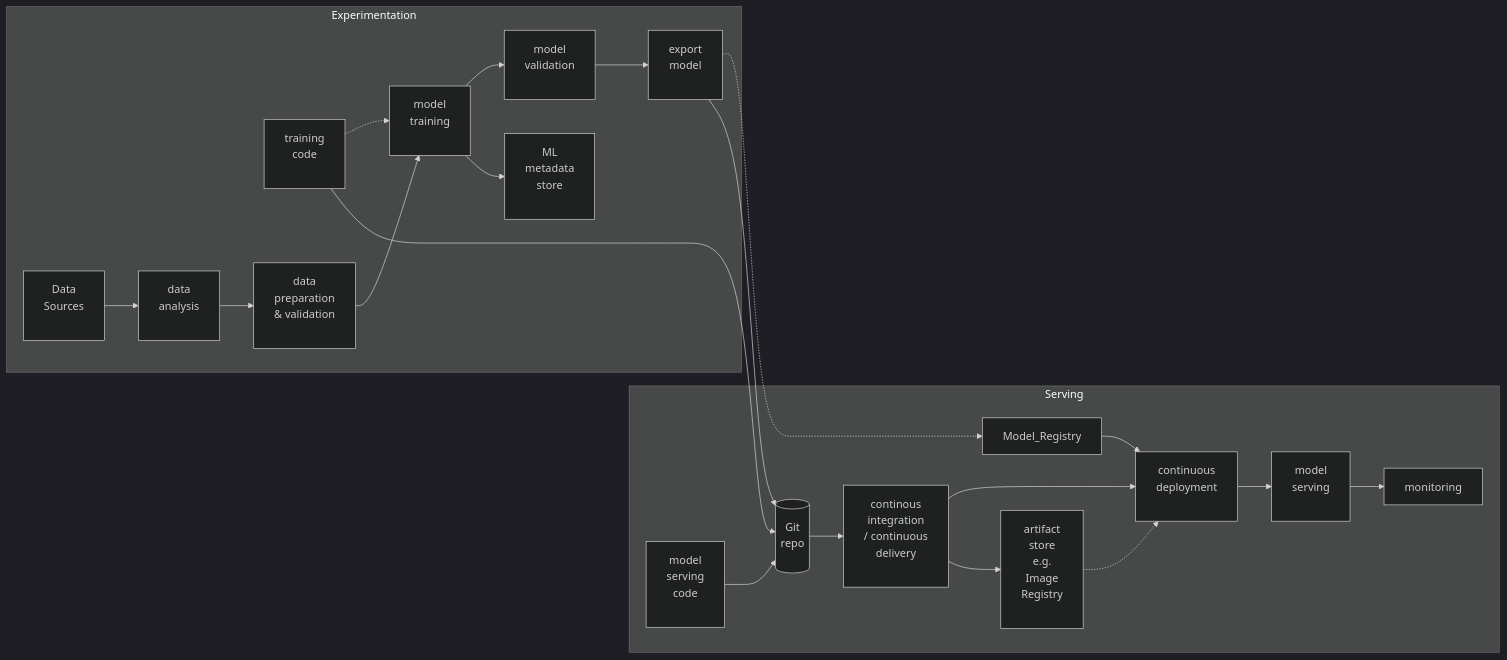
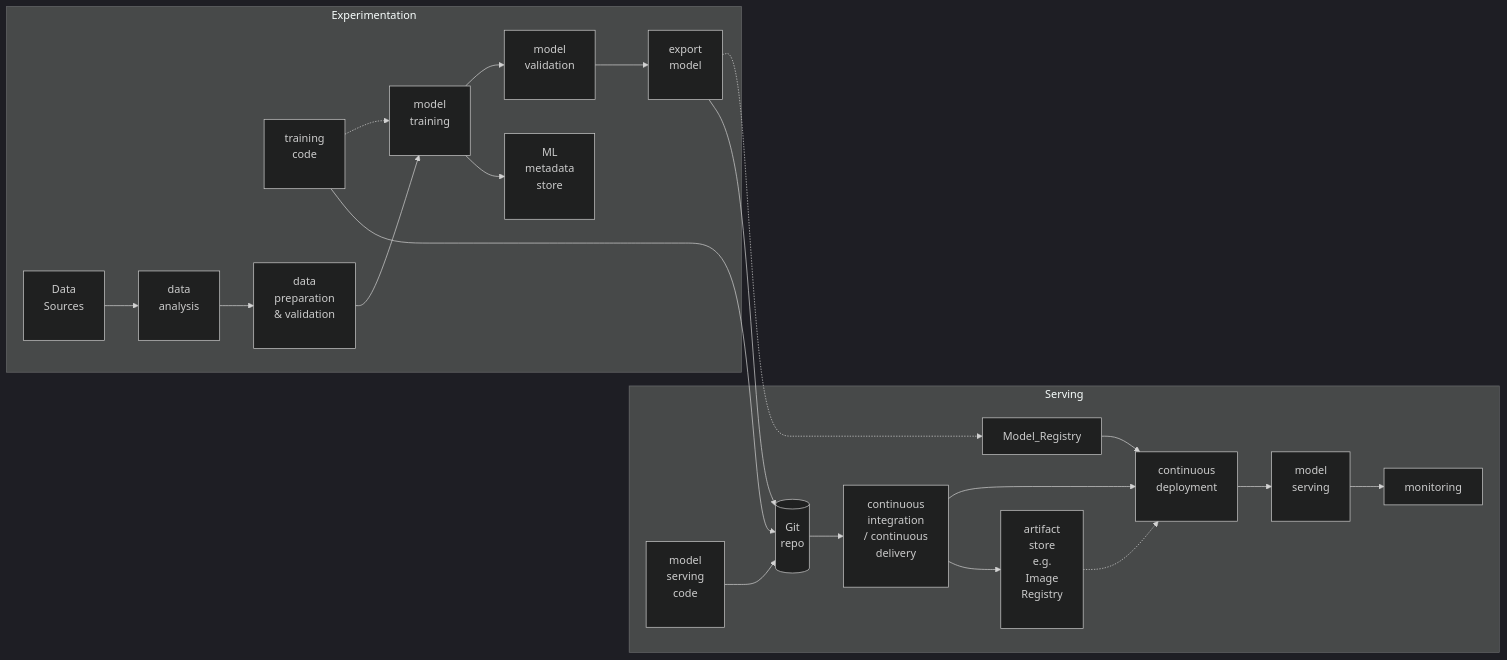
One commit to Minyus/docs changed the diagram in mlops.md. Above: the diagram before and after it, drawn with Mermaid (dark theme). The commit also changed other lines of this file, not shown here.

```diff
--- a/mlops.md
+++ b/mlops.md
@@ -132,16 +154,16 @@
 <div class="mermaid">
 flowchart LR
     subgraph Serving
-        repo --> CI[continous\nintegration\n/ continuous\ndelivery\n\n] --> CD[continuous\ndeployment\n\n] --> serving[model\nserving\n\n] --> monitoring
+        repo --> CI[continuous\nintegration\n/ continuous\ndelivery\n\n] --> CD[continuous\ndeployment\n\n] --> serving[model\nserving\n\n] --> monitoring
         CI --> artifact_store[artifact\nstore\n e.g. \nImage \n Registry\n\n] -.-> CD
         serving_code[model\nserving\ncode\n\n] --> repo
         Model_Registry --> CD
     end
     subgraph Experimentation
         export -.-> Model_Registry
         training_code -.-> training
         sources[Data\nSources\n\n] --> analysis[data\nanalysis\n\n] --> prep[data\npreparation\n& validation\n \n] --> training[model\ntraining\n\n] --> validation[model\nvalidation\n\n] --> export[export\nmodel\n\n] --> repo[(Git\nrepo\n\n)]
         training_code[training\ncode\n\n] --> repo
         training --> metadata[ML\nmetadata\nstore\n\n]
     end
 </div>
```
